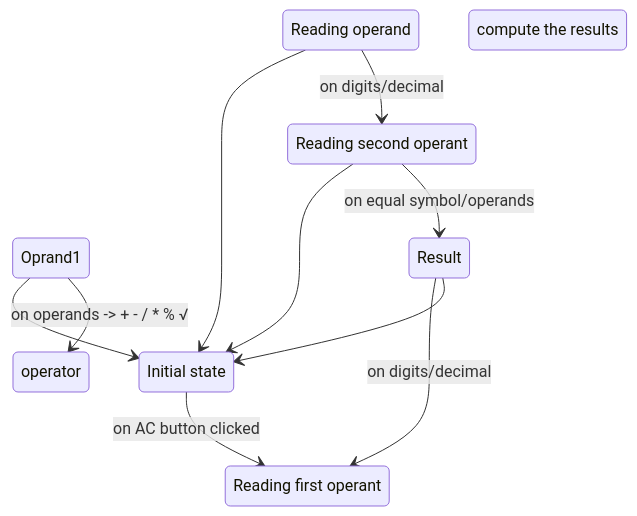
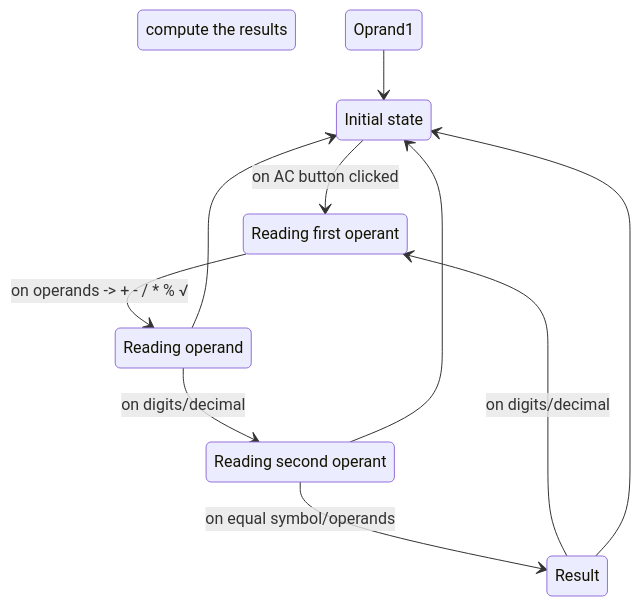
The diagram in README.md (noushad-pp/react-retro-calculator), drawn with Mermaid before and after one commit.

Commit message:
Improvements

````diff
--- a/README.md
+++ b/README.md
@@ -25,22 +25,22 @@
 ```mermaid
 stateDiagram-v2
     Off: Initial state
     Operand1: Reading first operant
     Operator: Reading operand
     Operand2: Reading second operant
     Resulr: compute the results
 
     Off --> Operand1: on AC button clicked
 
     Oprand1 --> Off
-    Oprand1 --> operator: on operands -> + - / * % √
+    Operand1 --> Operator: on operands -> + - / * % √
 
     Operator --> Off
     Operator --> Operand2: on digits/decimal
 
     Operand2 --> Off
     Operand2 --> Result: on equal symbol/operands
 
     Result --> Operand1: on digits/decimal
     Result --> Off
 ```
````
